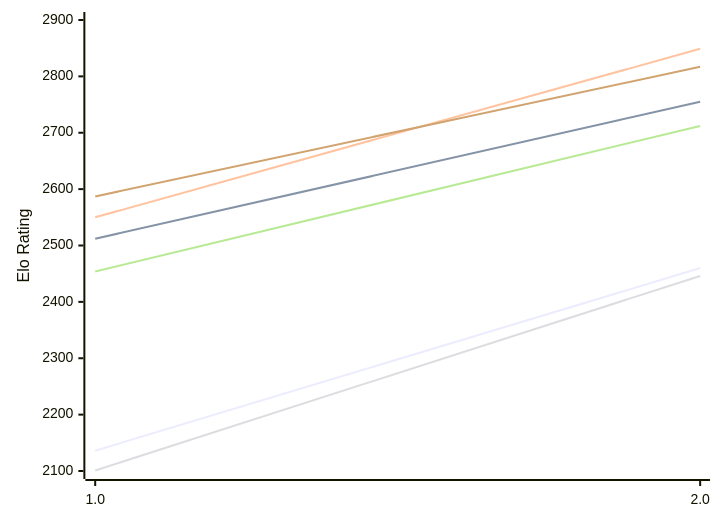
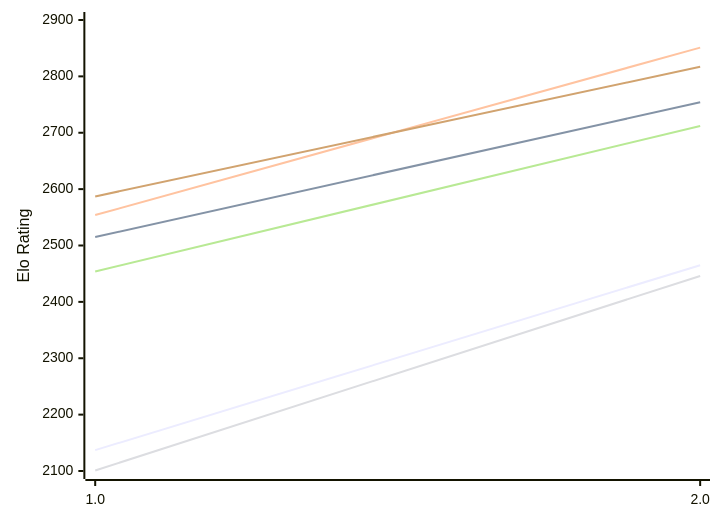
One commit to computer-chess-index/cci changed the first of 2 diagrams in engines/Revolver.md. Above: the diagram before and after it, drawn with Mermaid. The commit also changed other lines of this file, not shown here.

Commit message:
Update CCI Ratings (ELO VLTC) - 2026-11-22

````diff
--- a/engines/Revolver.md
+++ b/engines/Revolver.md
@@ -50,12 +50,12 @@
 ```mermaid
 %%{init: {"theme":"base","themeVariables":{"seriesColors:['#a3a3a3','#222221','#faa371']}}}%%
 xychart-beta
   x-axis ["1.0", "2.0"]
   y-axis "Elo Rating" 2100 --> 2900
-  line "E1: STC (8.0+0.08s)" [2136, 2460]
-  line "E1: LTC (60.0+0.60s)" [2512, 2755]
-  line "E1: VLTC (2m24s+1.12s)" [2550, 2849]
+  line "E1: STC (8.0+0.08s)" [2137, 2465]
+  line "E1: LTC (60.0+0.60s)" [2515, 2754]
+  line "E1: VLTC (2m24s+1.12s)" [2554, 2851]
   line "P1: STC (8.0+0.08s)" [2101, 2446]
   line "P1: LTC (60.0+0.60s)" [2454, 2712]
   line "P1: VLTC (2m24s+1.12s)" [2587, 2817]
 ```
````
